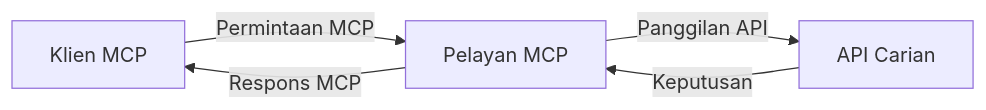
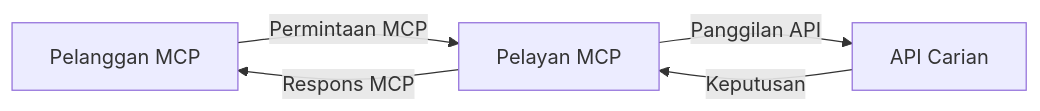
The second of 4 diagrams in translations/ms/05-AdvancedTopics/mcp-realtimesearch/README.md (microsoft/mcp-for-beginners), drawn with Mermaid before and after one commit. The commit also changed other lines of this file and 152 other files, not shown here.

````diff
--- a/translations/ms/05-AdvancedTopics/mcp-realtimesearch/README.md
+++ b/translations/ms/05-AdvancedTopics/mcp-realtimesearch/README.md
@@ -598,7 +600,7 @@
 ```mermaid
 graph LR
-    Client[Klien MCP] --> |Permintaan MCP| Server[Pelayan MCP]
+    Client[Pelanggan MCP] --> |Permintaan MCP| Server[Pelayan MCP]
     Server --> |Panggilan API| SearchAPI[API Carian]
     SearchAPI --> |Keputusan| Server
     Server --> |Respons MCP| Client
 ```
````
